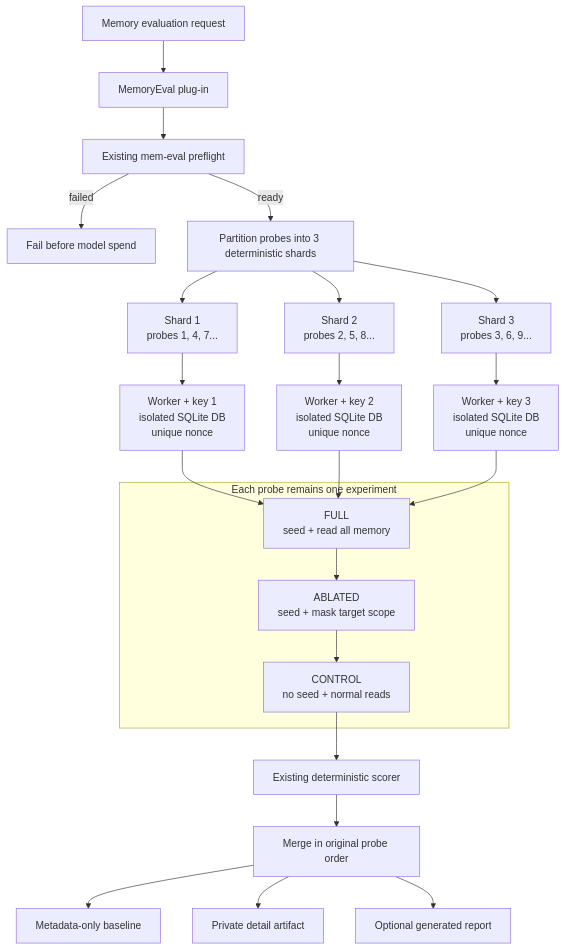
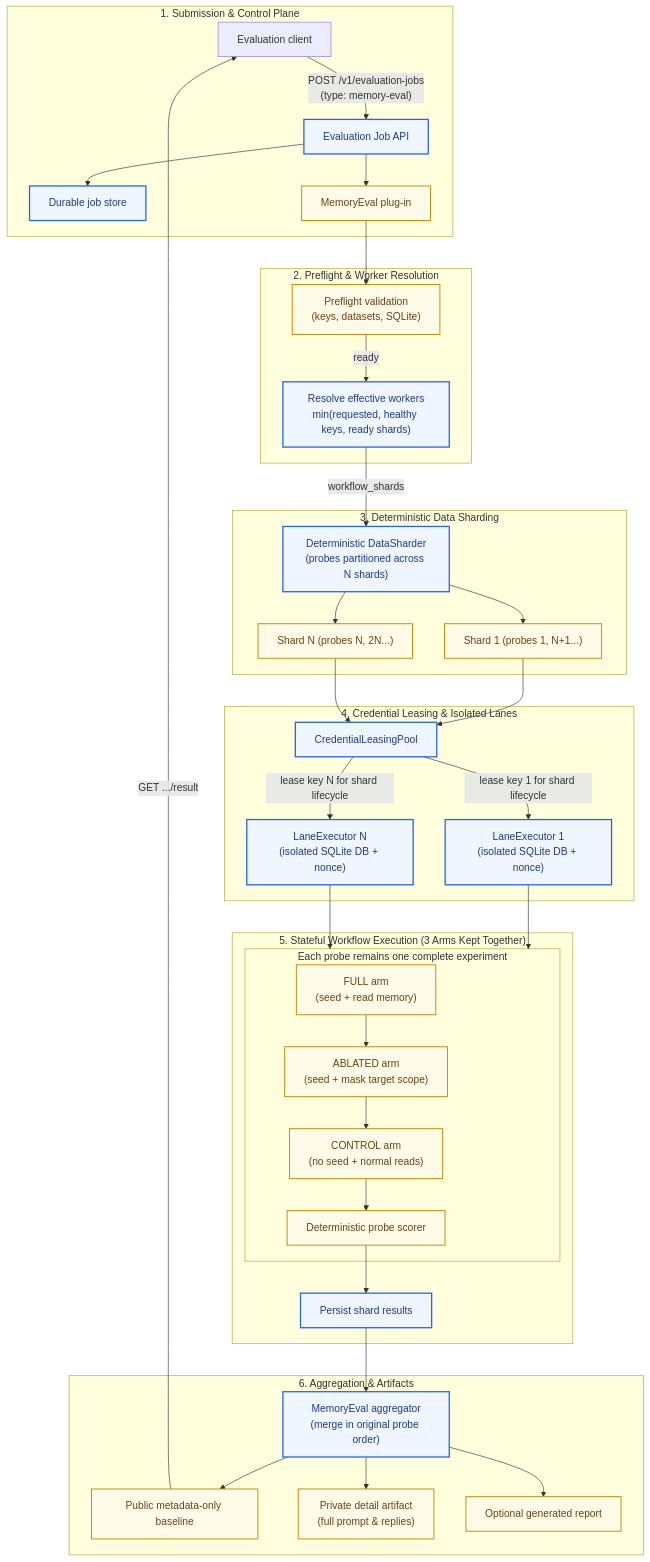
Before and after one commit to MathematicGuy/EMAIL-AGENT-v1: the second of 3 diagrams in tasks/specs/SPEC-pluggable-batch-evaluation-api.md, drawn with Mermaid. The commit also changed other lines of this file and 2 other files, not shown here.

Commit message:
docs(eval): align pluggable batch design and plan

````diff
--- a/tasks/specs/SPEC-pluggable-batch-evaluation-api.md
+++ b/tasks/specs/SPEC-pluggable-batch-evaluation-api.md
@@ -102,32 +131,53 @@
 ```mermaid
 flowchart TD
-    REQ["Memory evaluation request"] --> PLUGIN["MemoryEval plug-in"]
-    PLUGIN --> PRE["Existing mem-eval preflight"]
-    PRE -->|"failed"| ABORT["Fail before model spend"]
-    PRE -->|"ready"| PART["Partition probes into 3 deterministic shards"]
-
-    PART --> S1["Shard 1<br/>probes 1, 4, 7..."]
-    PART --> S2["Shard 2<br/>probes 2, 5, 8..."]
-    PART --> S3["Shard 3<br/>probes 3, 6, 9..."]
-
-    S1 --> W1["Worker + key 1<br/>isolated SQLite DB<br/>unique nonce"]
-    S2 --> W2["Worker + key 2<br/>isolated SQLite DB<br/>unique nonce"]
-    S3 --> W3["Worker + key 3<br/>isolated SQLite DB<br/>unique nonce"]
-
-    subgraph PROBE["Each probe remains one experiment"]
-        FULL["FULL<br/>seed + read all memory"]
-        ABLATED["ABLATED<br/>seed + mask target scope"]
-        CONTROL["CONTROL<br/>no seed + normal reads"]
-        FULL --> ABLATED --> CONTROL
+    subgraph INGEST ["1. Submission & Control Plane"]
+        U["Evaluation client"] -->|"POST /v1/evaluation-jobs<br/>(type: memory-eval)"| API["Evaluation Job API"]
+        API --> JS["Durable job store"]
+        API --> REG["MemoryEval plug-in"]
     end
 
-    W1 --> FULL
-    W2 --> FULL
-    W3 --> FULL
+    subgraph PLAN_STAGE ["2. Preflight & Worker Resolution"]
+        REG --> PRE["Preflight validation<br/>(keys, datasets, SQLite)"]
+        PRE -->|"ready"| WORKERS["Resolve effective workers<br/>min(requested, healthy keys, ready shards)"]
+    end
 
-    CONTROL --> SCORE["Existing deterministic scorer"]
-    SCORE --> MERGE["Merge in original probe order"]
-    MERGE --> BASE["Metadata-only baseline"]
-    MERGE --> DETAIL["Private detail artifact"]
-    MERGE --> REPORT["Optional generated report"]
+    subgraph STRATEGY ["3. Deterministic Data Sharding"]
+        WORKERS -->|"workflow_shards"| SHARDS["Deterministic DataSharder<br/>(probes partitioned across N shards)"]
+        SHARDS --> S1["Shard 1 (probes 1, N+1...)"]
+        SHARDS --> SN["Shard N (probes N, 2N...)"]
+    end
+
+    subgraph LEASING ["4. Credential Leasing & Isolated Lanes"]
+        S1 --> POOL["CredentialLeasingPool"]
+        SN --> POOL
+        POOL -->|"lease key 1 for shard lifecycle"| L1["LaneExecutor 1<br/>(isolated SQLite DB + nonce)"]
+        POOL -->|"lease key N for shard lifecycle"| LN["LaneExecutor N<br/>(isolated SQLite DB + nonce)"]
+    end
+
+    subgraph EXEC_STAGE ["5. Stateful Workflow Execution (3 Arms Kept Together)"]
+        subgraph PROBE ["Each probe remains one complete experiment"]
+            FULL["FULL arm<br/>(seed + read memory)"] --> ABLATED["ABLATED arm<br/>(seed + mask target scope)"]
+            ABLATED --> CONTROL["CONTROL arm<br/>(no seed + normal reads)"]
+            CONTROL --> SCORE["Deterministic probe scorer"]
+        end
+        L1 --> PROBE
+        LN --> PROBE
+        SCORE --> DONE["Persist shard results"]
+    end
+
+    subgraph AGG_STAGE ["6. Aggregation & Artifacts"]
+        DONE --> AGG["MemoryEval aggregator<br/>(merge in original probe order)"]
+        AGG --> BASE["Public metadata-only baseline"]
+        AGG --> DETAIL["Private detail artifact<br/>(full prompt & replies)"]
+        AGG --> REPORT["Optional generated report"]
+        BASE -->|"GET .../result"| U
+    end
+
+    %% Color Convention:
+    %% - core (Blue): Level 1 Control Plane & Worker Infrastructure (HOW work runs)
+    %% - plugin (Yellow): MemoryEval Domain Logic & 3-Arm Execution (WHAT evaluation means)
+    classDef core fill:#eff6ff,stroke:#2563eb,stroke-width:2px,color:#1e3a8a;
+    classDef plugin fill:#fefce8,stroke:#ca8a04,stroke-width:1.5px,color:#713f12;
+    class API,JS,WORKERS,SHARDS,POOL,L1,LN,DONE,AGG core;
+    class REG,PRE,S1,SN,FULL,ABLATED,CONTROL,SCORE,BASE,DETAIL,REPORT plugin;
 ```
````
